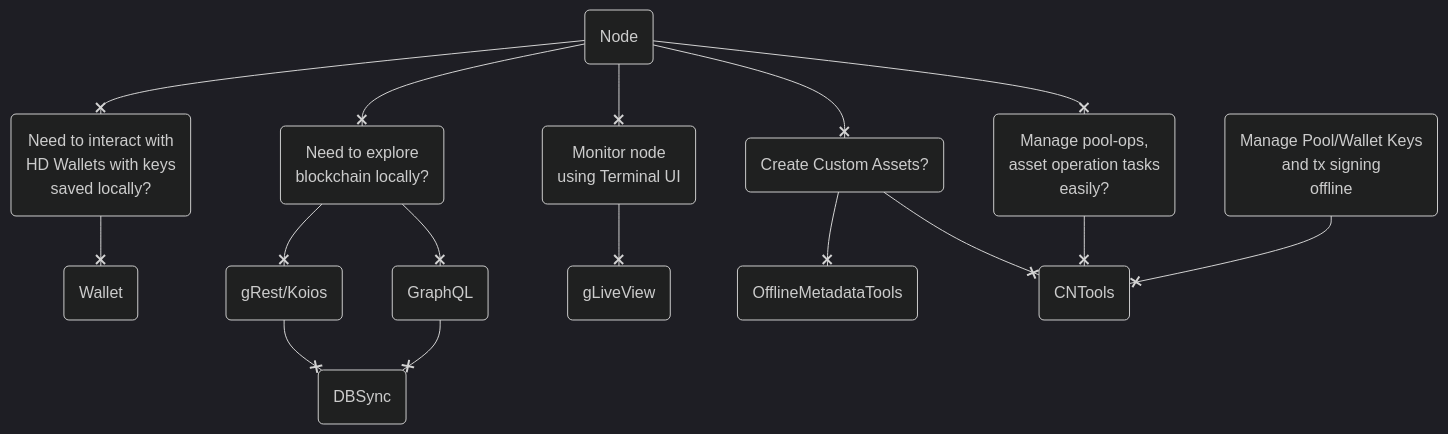
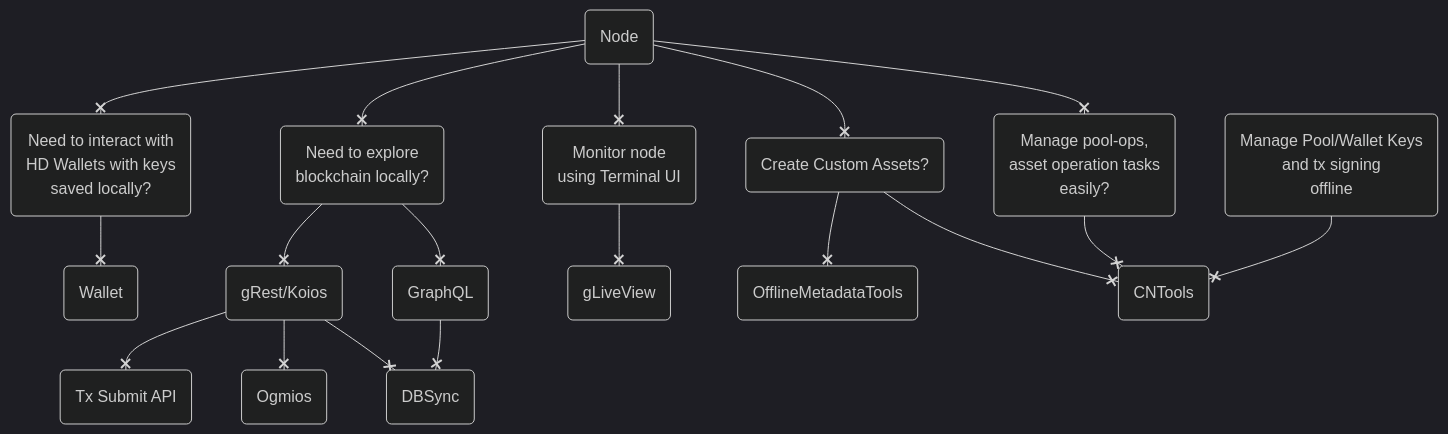
The diagram in docs/build.md (cardano-community/guild-operators), drawn with Mermaid (dark theme) before and after one commit. The commit also changed 6 other files, not shown here.

````diff
--- a/docs/build.md
+++ b/docs/build.md
@@ -7,28 +7,32 @@
 ``` mermaid
 graph TB
   A(Need to interact with <br/>HD Wallets with keys<br/>saved locally?)
   B(Need to explore <br/> blockchain locally?)
   C(Manage pool-ops, <br/> asset operation tasks <br/> easily?)
   D(Create Custom Assets?)
   E(Monitor node <br/> using Terminal UI)
-  O(Node)
+  N(Node)
   F(Manage Pool/Wallet Keys<br/>and tx signing<br/>offline)
+  O(Ogmios)
   P(gRest/Koios)
   Q(DBSync)
   R(Wallet)
   S(CNTools)
+  T(Tx Submit API)
   U(GraphQL)
   V(OfflineMetadataTools)
   X(gLiveView)
 
 F --x S
-O --x C --x S
-O --x D
+N --x C --x S
+N --x D
 D --x S
 D --x V
-O --x E --x X
-O --x B
+N --x E --x X
+N --x B
 B --x U --x Q
 B --x P --x Q
-O --x A --x R
+P --x O
+P --x T
+N --x A --x R
 ```
````
